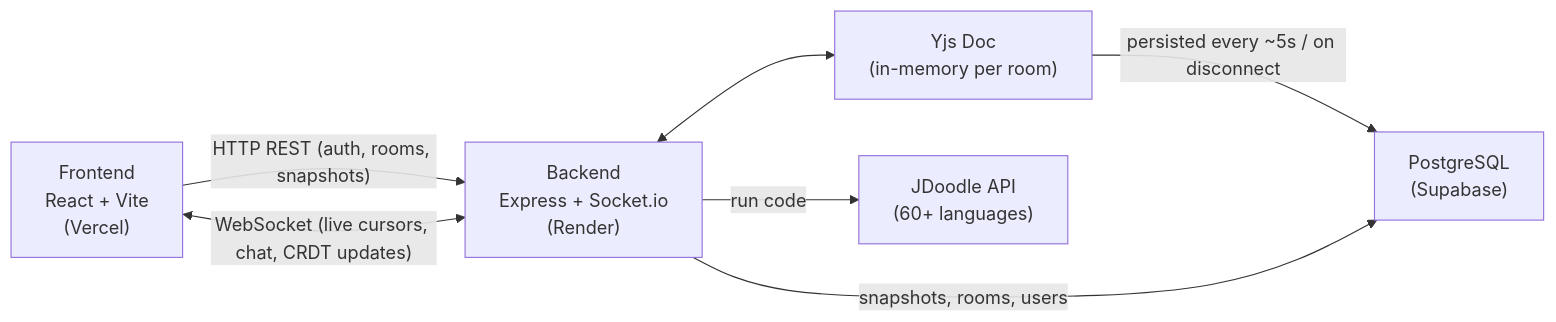
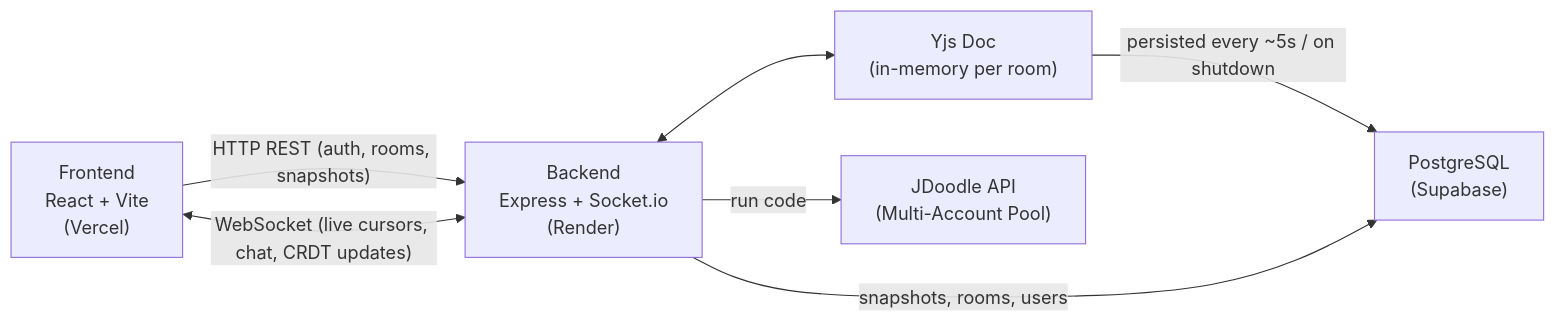
Before and after one commit to codertoji-spec/CodeCollab: the diagram in README.md, drawn with Mermaid. The commit also changed other lines of this file, not shown here.

Commit message:
docs: update README with 20-point production audit, updated architecture and file structure

````diff
--- a/README.md
+++ b/README.md
@@ -131,15 +141,15 @@
 ```mermaid
 flowchart LR
     FE["Frontend<br/>React + Vite<br/>(Vercel)"]
     BE["Backend<br/>Express + Socket.io<br/>(Render)"]
     YJS["Yjs Doc<br/>(in-memory per room)"]
     PG["PostgreSQL<br/>(Supabase)"]
-    JD["JDoodle API<br/>(60+ languages)"]
+    JD["JDoodle API<br/>(Multi-Account Pool)"]
 
     FE -- "HTTP REST (auth, rooms, snapshots)" --> BE
     FE <-- "WebSocket (live cursors, chat, CRDT updates)" --> BE
     BE <--> YJS
-    YJS -- "persisted every ~5s / on disconnect" --> PG
+    YJS -- "persisted every ~5s / on shutdown" --> PG
     BE -- "snapshots, rooms, users" --> PG
     BE -- "run code" --> JD
 ```
````
